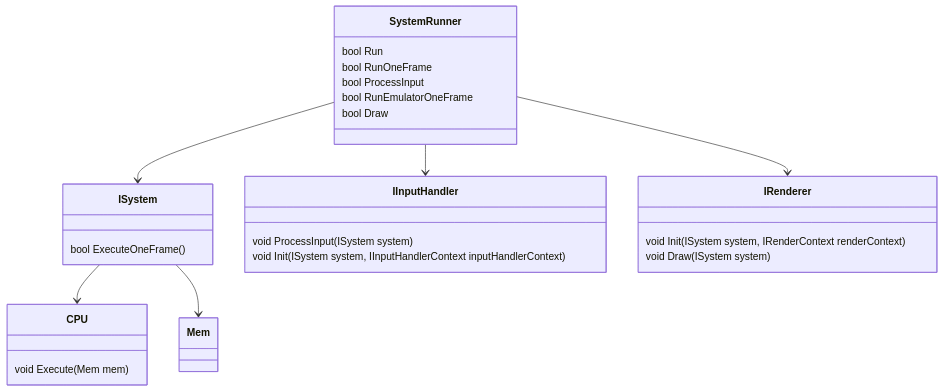
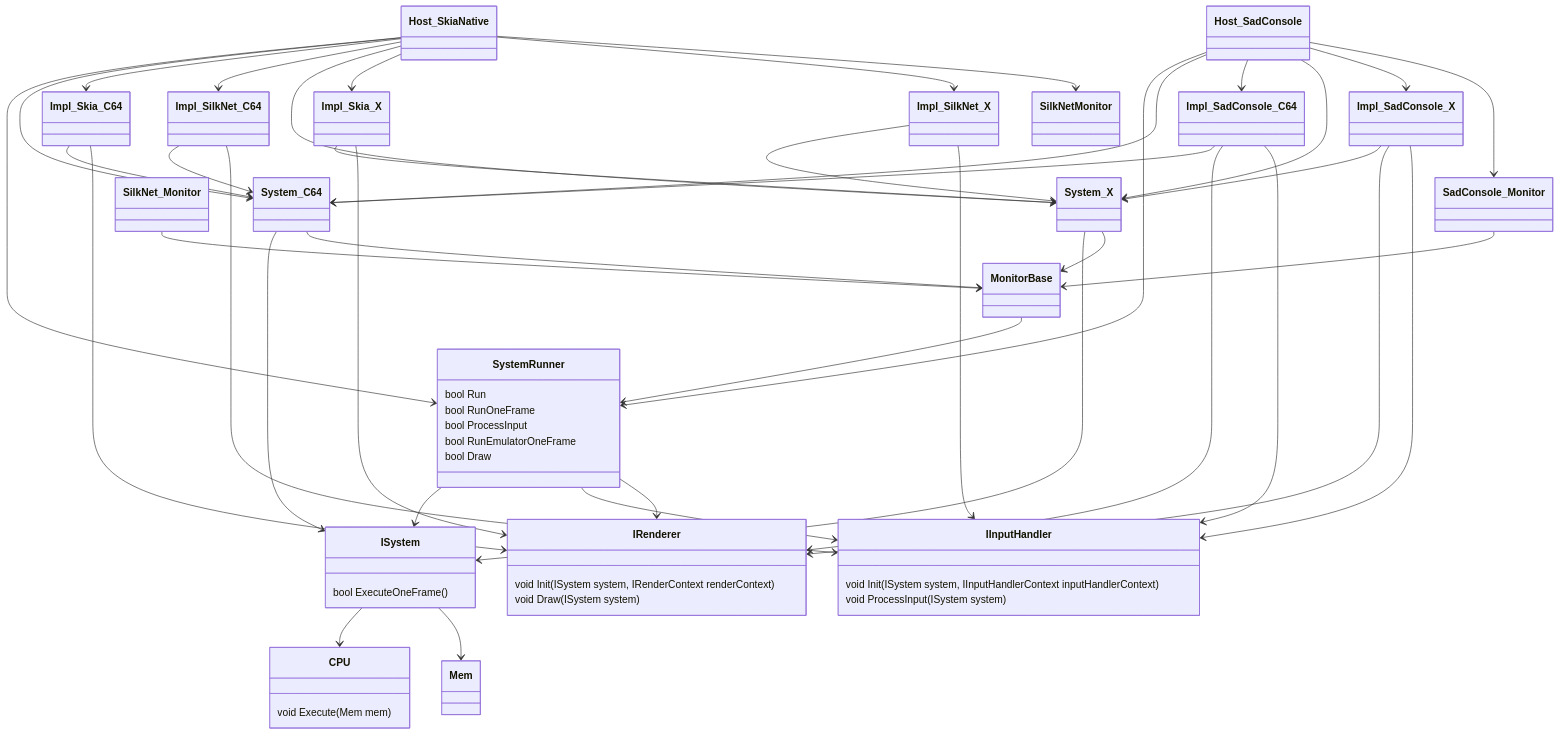
The first of 2 diagrams in SYSYEM_DIAGRAM.md (highbyte/dotnet-6502), drawn with Mermaid before and after one commit.

Commit message:
Make diagram more correct

````diff
--- a/SYSYEM_DIAGRAM.md
+++ b/SYSYEM_DIAGRAM.md
@@ -1,5 +1,63 @@
 ```mermaid
 classDiagram
+
+Host_SkiaNative
+Host_SkiaNative --> SystemRunner
+Host_SkiaNative --> System_C64
+Host_SkiaNative --> Impl_Skia_C64
+Host_SkiaNative --> Impl_SilkNet_C64
+Host_SkiaNative --> System_X
+Host_SkiaNative --> Impl_Skia_X
+Host_SkiaNative --> Impl_SilkNet_X
+Host_SkiaNative --> SilkNetMonitor
+SilkNet_Monitor --> MonitorBase
+
+Host_SadConsole
+Host_SadConsole --> SystemRunner
+Host_SadConsole --> System_C64
+Host_SadConsole --> Impl_SadConsole_C64
+Host_SadConsole --> System_X
+Host_SadConsole --> Impl_SadConsole_X
+Host_SadConsole --> SadConsole_Monitor
+SadConsole_Monitor --> MonitorBase
+
+Impl_Skia_C64
+Impl_Skia_C64 --> System_C64
+Impl_Skia_C64 --> IRenderer
+
+Impl_Skia_X
+Impl_Skia_X --> System_X
+Impl_Skia_X --> IRenderer
+
+Impl_SilkNet_C64
+Impl_SilkNet_C64 --> System_C64
+Impl_SilkNet_C64 --> IInputHandler
+
+Impl_SilkNet_X
+Impl_SilkNet_X --> System_X
+Impl_SilkNet_X --> IInputHandler
+
+Impl_SadConsole_C64
+Impl_SadConsole_C64 --> System_C64
+Impl_SadConsole_C64 --> IRenderer
+Impl_SadConsole_C64 --> IInputHandler
+
+Impl_SadConsole_X
+Impl_SadConsole_X --> System_X
+Impl_SadConsole_X --> IRenderer
+Impl_SadConsole_X --> IInputHandler
+
+System_C64
+System_C64 --> ISystem
+System_C64 --> MonitorBase
+
+System_X
+System_X --> ISystem
+System_X --> MonitorBase
+
+MonitorBase
+MonitorBase --> SystemRunner
+
 SystemRunner
 SystemRunner --> ISystem
 SystemRunner --> IInputHandler
@@ -23,6 +81,6 @@
 IRenderer : void Draw(ISystem system)
 
 IInputHandler
+IInputHandler : void Init(ISystem system, IInputHandlerContext inputHandlerContext)
 IInputHandler : void ProcessInput(ISystem system)
-IInputHandler : void Init(ISystem system, IInputHandlerContext inputHandlerContext)
 ```
````
